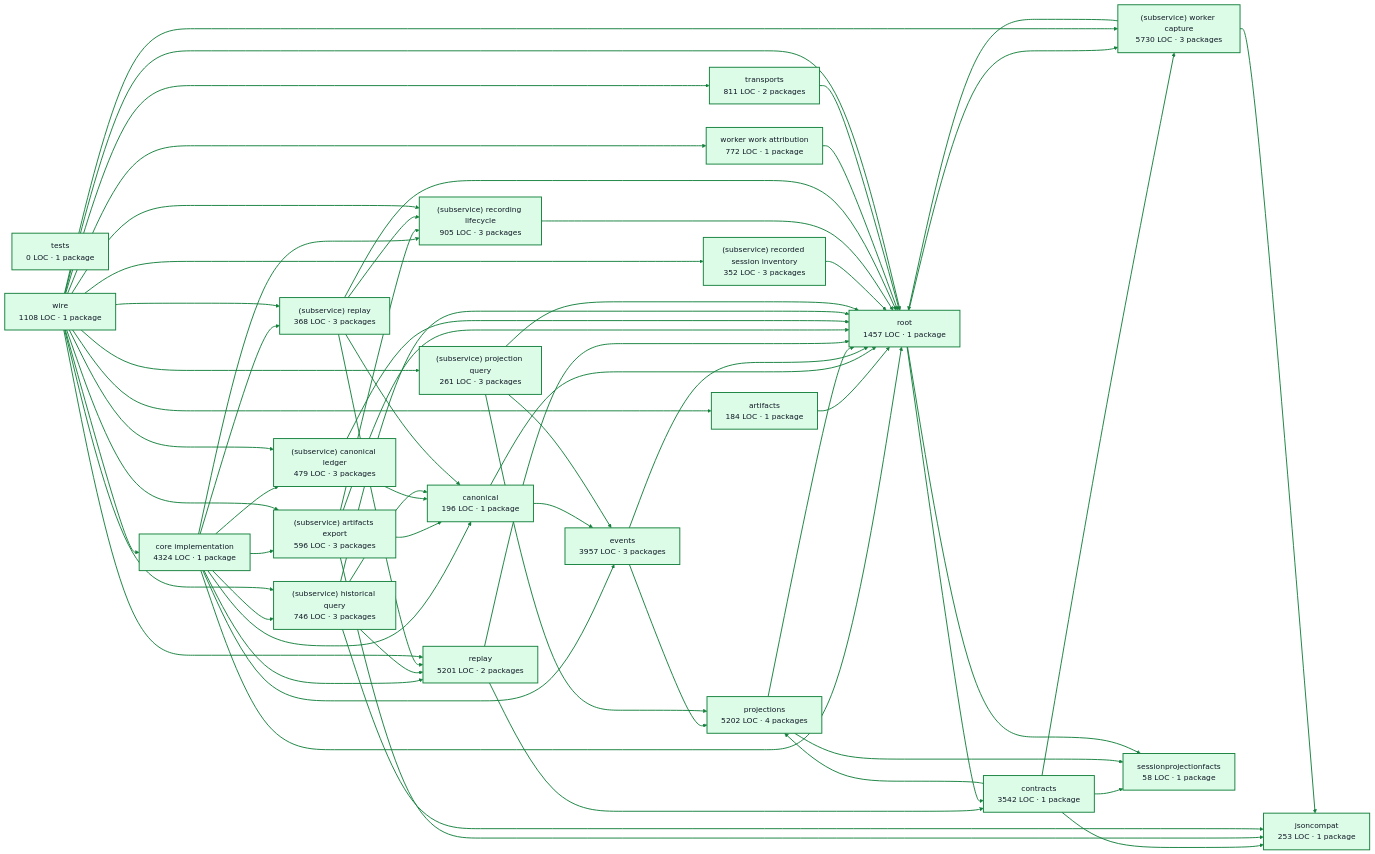
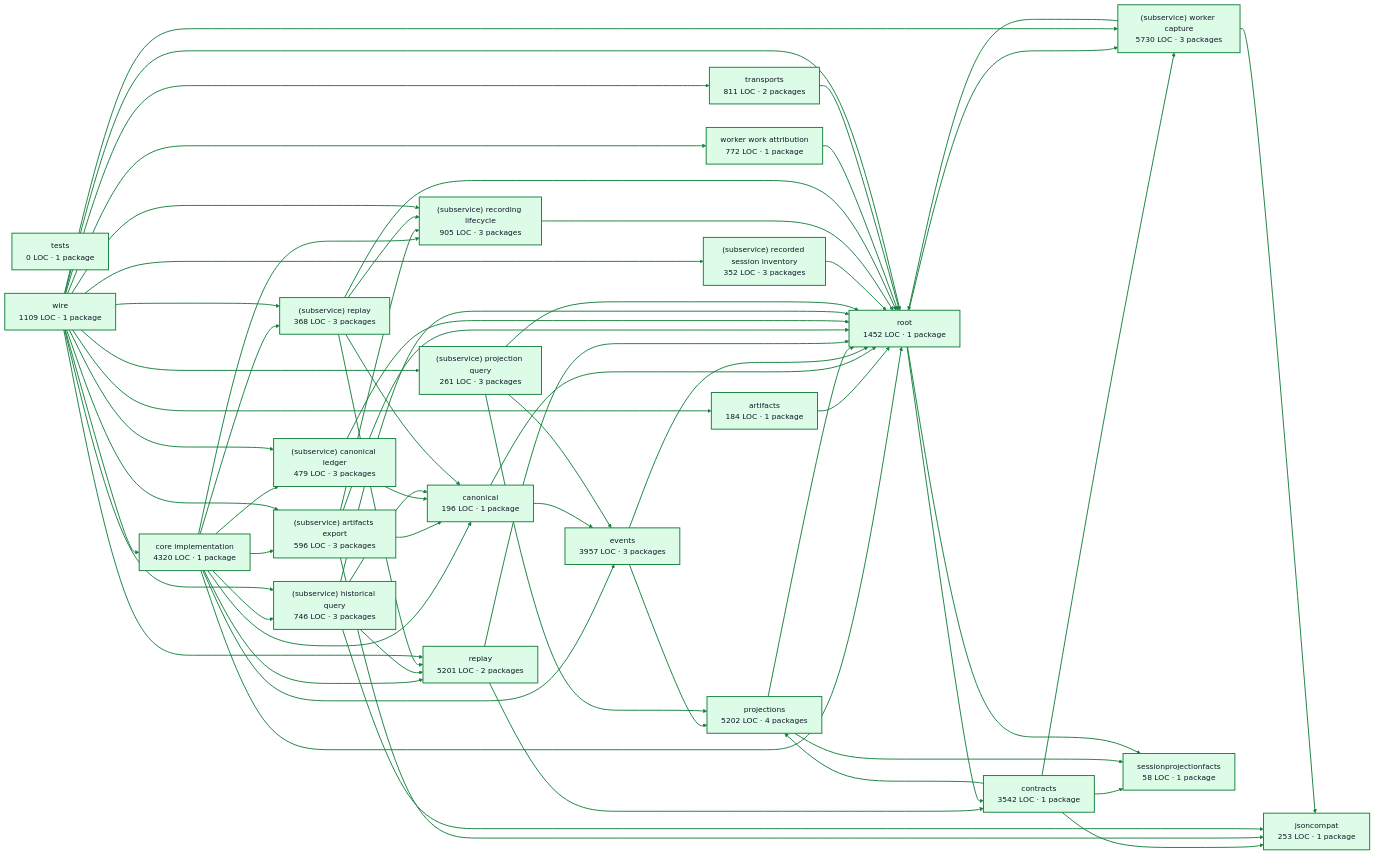
Before and after one commit to portpowered/you-agent-factory: the diagram in docs/architecture/visualizations/services/recordings.md, drawn with Mermaid (forest theme). The commit also changed other lines of this file and 20 other files, not shown here.

Commit message:
docs: refresh backend architecture visualizations

````diff
--- a/docs/architecture/visualizations/services/recordings.md
+++ b/docs/architecture/visualizations/services/recordings.md
@@ -11,6 +11,6 @@
 ```mermaid
 flowchart LR
-  p0["core implementation<br/>4324 LOC · 1 package"]
+  p0["core implementation<br/>4320 LOC · 1 package"]
   p1["artifacts<br/>184 LOC · 1 package"]
   p2["canonical<br/>196 LOC · 1 package"]
   p3["contracts<br/>3542 LOC · 1 package"]
@@ -29,9 +29,9 @@
   p16["sessionprojectionfacts<br/>58 LOC · 1 package"]
   p17["tests<br/>0 LOC · 1 package"]
   p18["worker work attribution<br/>772 LOC · 1 package"]
-  p19["root<br/>1457 LOC · 1 package"]
+  p19["root<br/>1452 LOC · 1 package"]
   p20["transports<br/>811 LOC · 2 packages"]
-  p21["wire<br/>1108 LOC · 1 package"]
+  p21["wire<br/>1109 LOC · 1 package"]
   p0 --> p2
   p0 --> p4
   p0 --> p7
````
